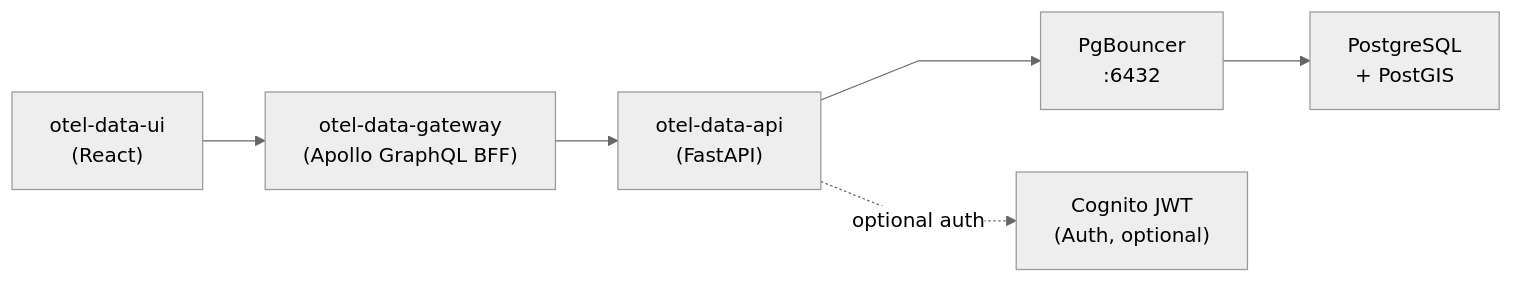
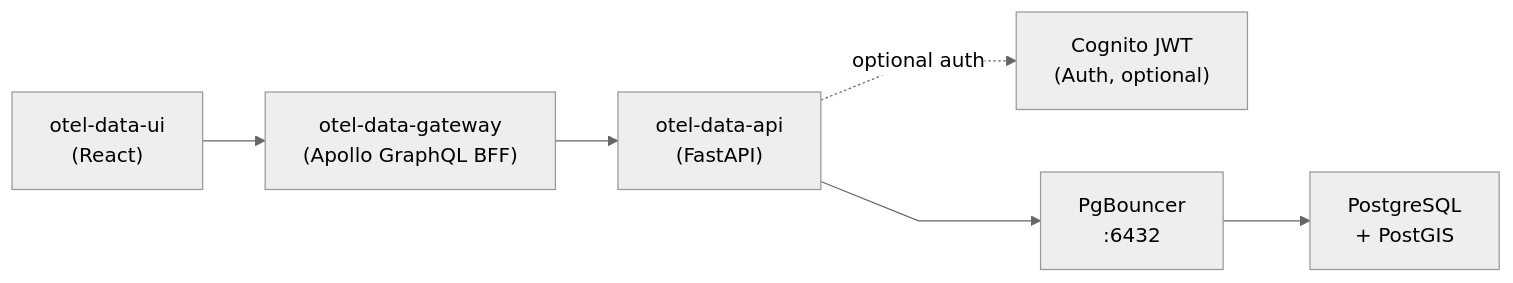
One commit to stuartshay/otel-data-api changed the diagram in README.md. Above: the diagram before and after it, drawn with Mermaid.

Commit message:
docs: fix mermaid architecture diagram obscured by GitHub toolbar (#30)
* Initial plan

* docs: switch architecture diagram to TD layout to avoid toolbar overlap

* docs: revert to flowchart LR, move cognito edge first to shift it to top-right

---------

````diff
--- a/README.md
+++ b/README.md
@@ -16,13 +16,9 @@
 ```mermaid
-%%{init: {
-    "theme": "neutral",
-    "flowchart": { "curve": "linear" },
-    "themeCSS": ".mermaid .mermaidToolbar { display: none; }"
-}}%%
+%%{init: {"theme": "neutral", "flowchart": {"curve": "linear"}}}%%
 flowchart LR
-    ui["otel-data-ui<br/> (React)"] --> gateway["otel-data-gateway<br/> (Apollo GraphQL BFF)"]
-    gateway --> api["otel-data-api<br/> (FastAPI)"]
+    ui["otel-data-ui<br/>(React)"] --> gateway["otel-data-gateway<br/>(Apollo GraphQL BFF)"]
+    gateway --> api["otel-data-api<br/>(FastAPI)"]
+    api -.->|optional auth| cognito["Cognito JWT<br/>(Auth, optional)"]
     api --> pool["PgBouncer<br/>:6432"]
-    pool --> db["PostgreSQL<br/> + PostGIS"]
-    api -.->|optional auth| cognito["Cognito JWT<br/>(Auth, optional)"]
+    pool --> db["PostgreSQL<br/>+ PostGIS"]
 ```
````
